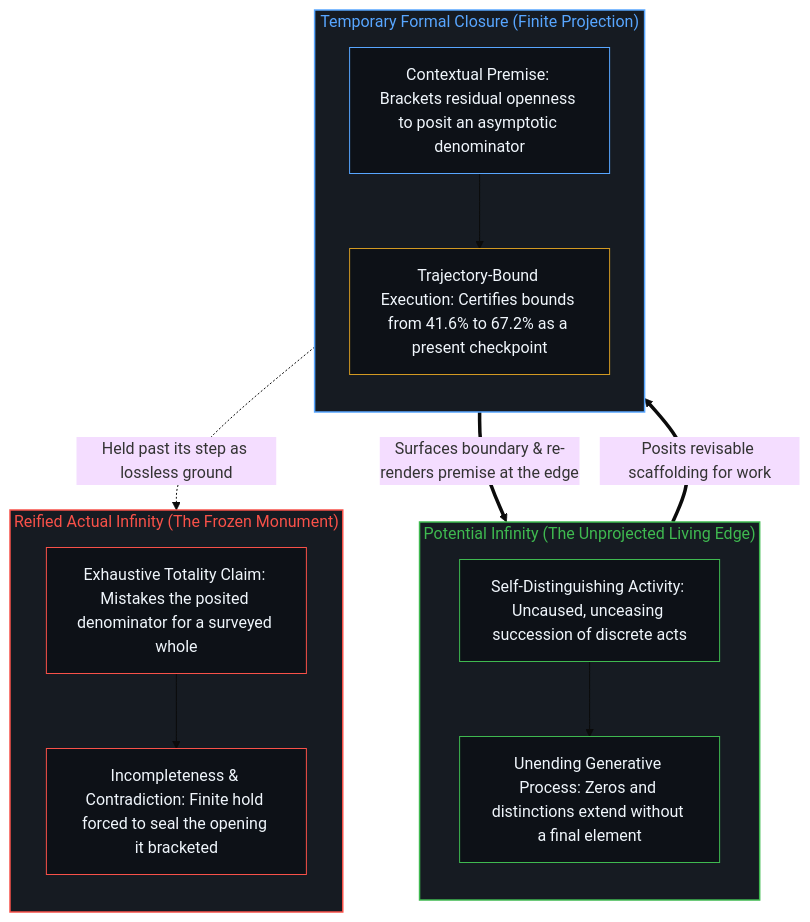
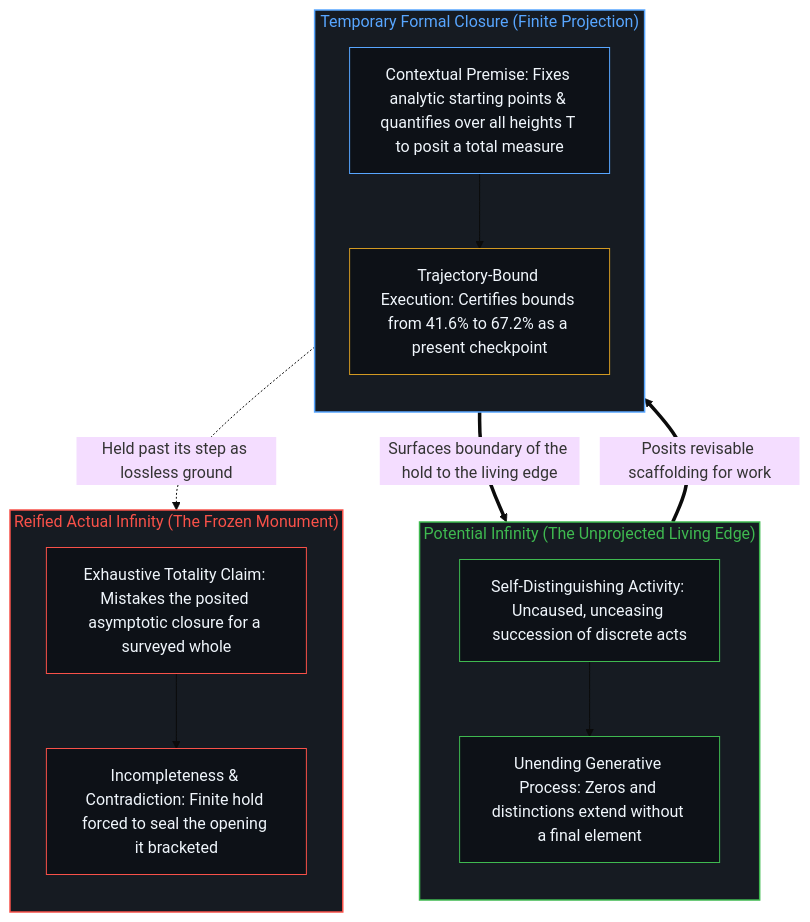
One commit to powerpig99/not-a-toe changed the second of 2 diagrams in content/posts/potential-infinity-and-the-temporary-closures-of-mathematical-thought.md. Above: the diagram before and after it, drawn with Mermaid (base theme). The commit also changed other lines of this file and 5 other files, not shown here.

````diff
--- a/content/posts/potential-infinity-and-the-temporary-closures-of-mathematical-thought.md
+++ b/content/posts/potential-infinity-and-the-temporary-closures-of-mathematical-thought.md
@@ -71,33 +71,33 @@
 ```mermaid
 flowchart TD
     subgraph S_Open["Potential Infinity (The Unprojected Living Edge)"]
         direction TB
         Edge["Self-Distinguishing Activity: Uncaused, unceasing succession of discrete acts"]
         OpenField["Unending Generative Process: Zeros and distinctions extend without a final element"]
         Edge --> OpenField
     end
     subgraph S_Closure["Temporary Formal Closure (Finite Projection)"]
         direction TB
-        Bracket["Contextual Premise: Brackets residual openness to posit an asymptotic denominator"]
+        Bracket["Contextual Premise: Fixes analytic starting points & quantifies over all heights T to posit a total measure"]
         Deduct["Trajectory-Bound Execution: Certifies bounds from 41.6% to 67.2% as a present checkpoint"]
         Bracket --> Deduct
     end
     subgraph S_Reify["Reified Actual Infinity (The Frozen Monument)"]
         direction TB
-        Illusion["Exhaustive Totality Claim: Mistakes the posited denominator for a surveyed whole"]
+        Illusion["Exhaustive Totality Claim: Mistakes the posited asymptotic closure for a surveyed whole"]
         Collision["Incompleteness & Contradiction: Finite hold forced to seal the opening it bracketed"]
         Illusion --> Collision
     end
     OpenField ==>|"Posits revisable scaffolding for work"| Bracket
-    Deduct ==>|"Surfaces boundary & re-renders premise at the edge"| Edge
+    Deduct ==>|"Surfaces boundary of the hold to the living edge"| Edge
     Deduct -.->|"Held past its step as lossless ground"| Illusion
     style S_Open fill:#161b22,stroke:#3fb950,stroke-width:1.5px,color:#3fb950
     style S_Closure fill:#161b22,stroke:#58a6ff,stroke-width:1.5px,color:#58a6ff
     style S_Reify fill:#161b22,stroke:#f85149,stroke-width:1.5px,color:#f85149
     style Edge fill:#0d1117,stroke:#3fb950,stroke-width:1px,color:#f0f6fc
     style OpenField fill:#0d1117,stroke:#3fb950,stroke-width:1px,color:#f0f6fc
     style Bracket fill:#0d1117,stroke:#58a6ff,stroke-width:1px,color:#f0f6fc
     style Deduct fill:#0d1117,stroke:#d29922,stroke-width:1px,color:#f0f6fc
     style Illusion fill:#0d1117,stroke:#f85149,stroke-width:1px,color:#f0f6fc
     style Collision fill:#0d1117,stroke:#f85149,stroke-width:1px,color:#f0f6fc
 ```
````
